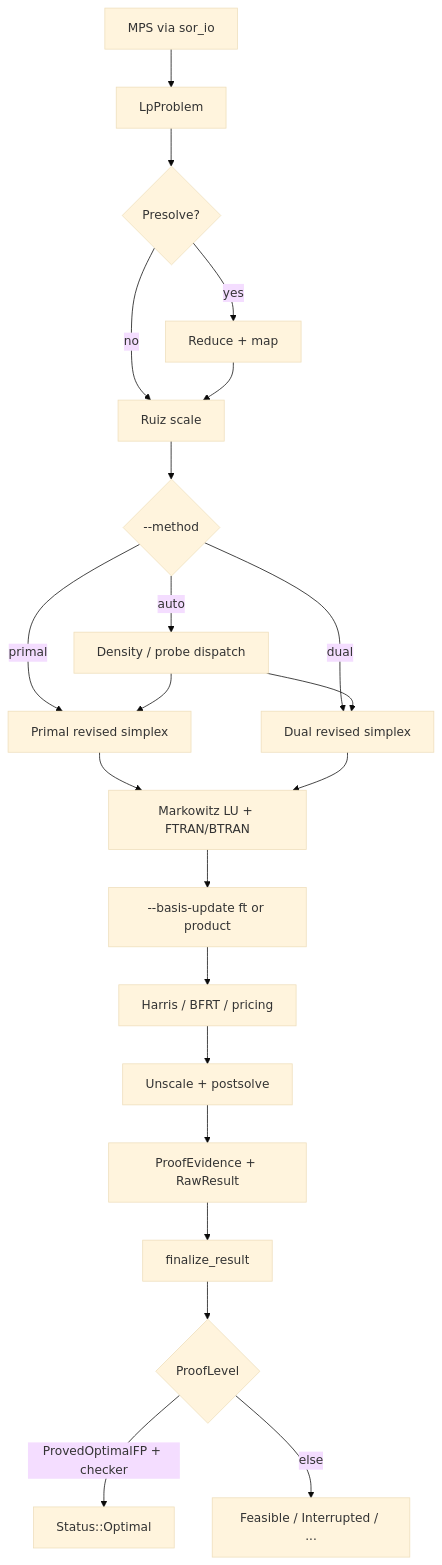
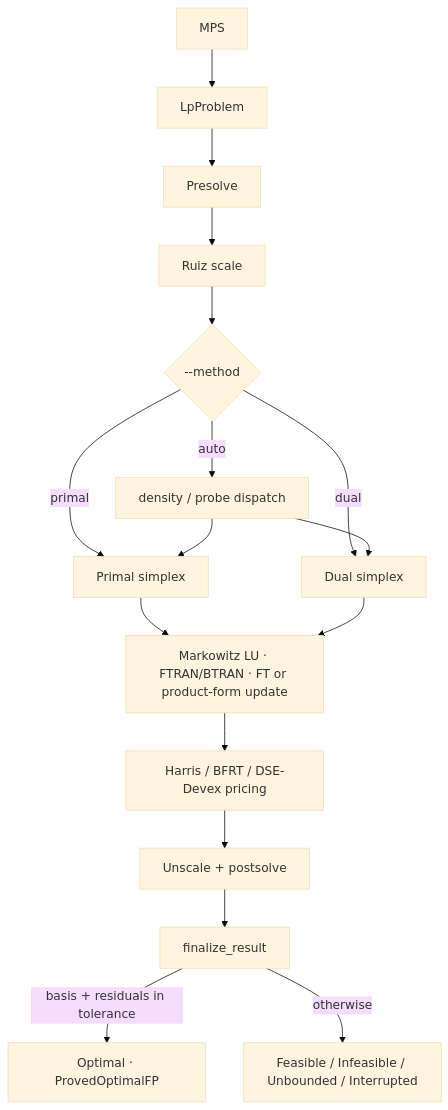
Before and after one commit to YashSuthar983/Forge: the second of 5 diagrams in docs/architecture.md, drawn with Mermaid (base theme). The commit also changed other lines of this file and 9 other files, not shown here.

Commit message:
chore: updated docs and architecture

````diff
--- a/docs/architecture.md
+++ b/docs/architecture.md
@@ -136,24 +124,14 @@
 ```mermaid
 flowchart TD
-  A[MPS via sor_io] --> B[LpProblem]
-  B --> C{Presolve?}
-  C -->|yes| D[Reduce + map]
-  C -->|no| E[Ruiz scale]
-  D --> E
-  E --> F{--method}
-  F -->|auto| G[Density / probe dispatch]
-  F -->|primal| H[Primal revised simplex]
-  F -->|dual| I[Dual revised simplex]
-  G --> H
-  G --> I
-  H --> J[Markowitz LU + FTRAN/BTRAN]
-  I --> J
-  J --> K[--basis-update ft or product]
-  K --> L[Harris / BFRT / pricing]
-  L --> M[Unscale + postsolve]
-  M --> N[ProofEvidence + RawResult]
-  N --> O[finalize_result]
-  O --> P{ProofLevel}
-  P -->|ProvedOptimalFP + checker| Q[Status::Optimal]
-  P -->|else| R[Feasible / Interrupted / ...]
+  A[MPS] --> B[LpProblem] --> C[Presolve] --> D[Ruiz scale]
+  D --> E{--method}
+  E -->|auto| F[density / probe dispatch]
+  E -->|primal| G[Primal simplex]
+  E -->|dual| H[Dual simplex]
+  F --> G & H
+  G & H --> I[Markowitz LU · FTRAN/BTRAN · FT or product-form update]
+  I --> J[Harris / BFRT / DSE-Devex pricing]
+  J --> K[Unscale + postsolve] --> L[finalize_result]
+  L -->|basis + residuals in tolerance| M[Optimal · ProvedOptimalFP]
+  L -->|otherwise| N[Feasible / Infeasible / Unbounded / Interrupted]
 ```
````
